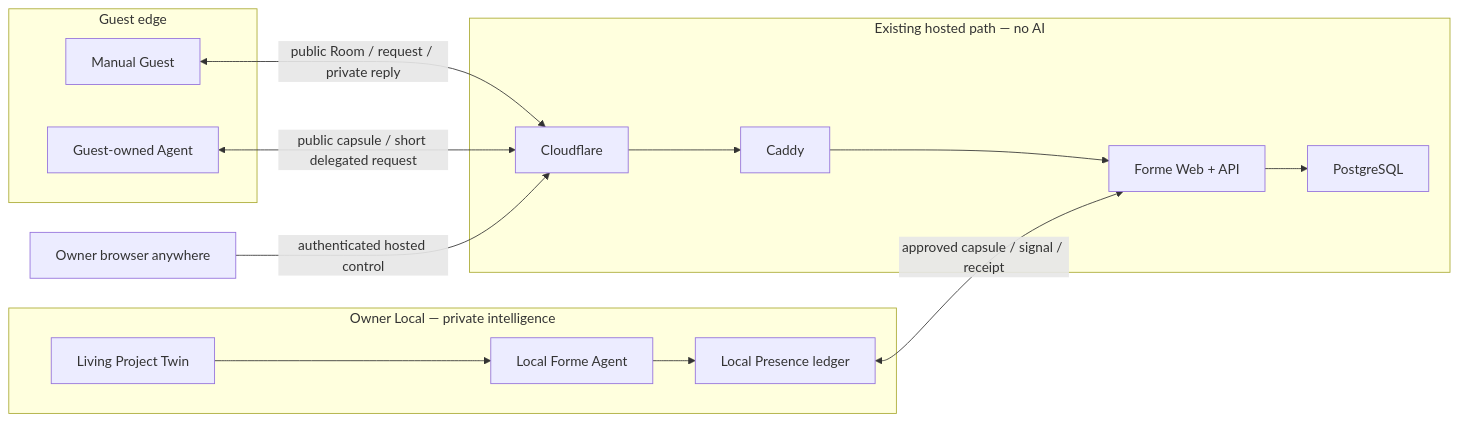
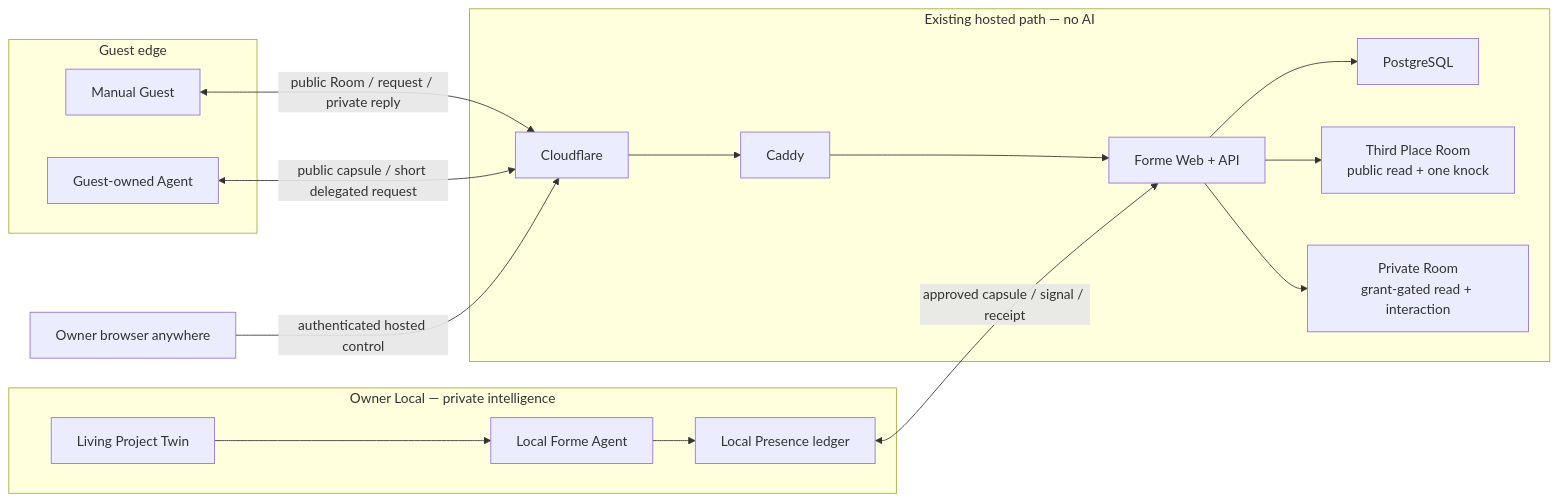
The diagram in docs/R4-TECHNICAL-OWNER-REVIEW.md (formehq/forme), drawn with Mermaid before and after one commit. The commit also changed other lines of this file and 11 other files, not shown here.

Commit message:
Define public and private Room access

````diff
--- a/docs/R4-TECHNICAL-OWNER-REVIEW.md
+++ b/docs/R4-TECHNICAL-OWNER-REVIEW.md
@@ -65,27 +72,31 @@
 ```mermaid
 flowchart LR
     subgraph Local["Owner Local — private intelligence"]
         Twin["Living Project Twin"]
         Agent["Local Forme Agent"]
         Presence["Local Presence ledger"]
         Twin --> Agent --> Presence
     end
 
     subgraph Hosted["Existing hosted path — no AI"]
         Edge["Cloudflare"]
         Proxy["Caddy"]
         App["Forme Web + API"]
         DB["PostgreSQL"]
+        PublicRoom["Third Place Room<br/>public read + one knock"]
+        PrivateRoom["Private Room<br/>grant-gated read + interaction"]
         Edge --> Proxy --> App --> DB
+        App --> PublicRoom
+        App --> PrivateRoom
     end
 
     subgraph Guest["Guest edge"]
         Manual["Manual Guest"]
         GuestAgent["Guest-owned Agent"]
     end
 
     Presence <-->|"approved capsule / signal / receipt"| App
     Manual <-->|"public Room / request / private reply"| Edge
     GuestAgent <-->|"public capsule / short delegated request"| Edge
     OwnerWeb["Owner browser anywhere"] -->|"authenticated hosted control"| Edge
 ```
````
